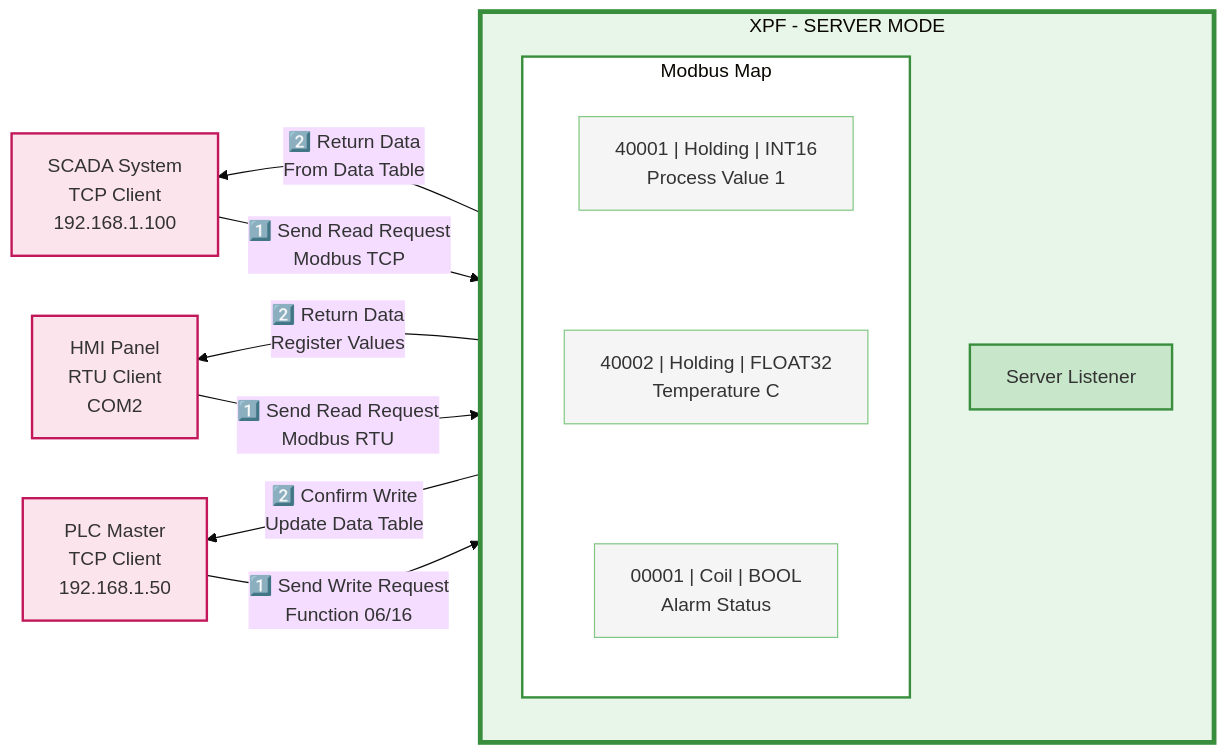
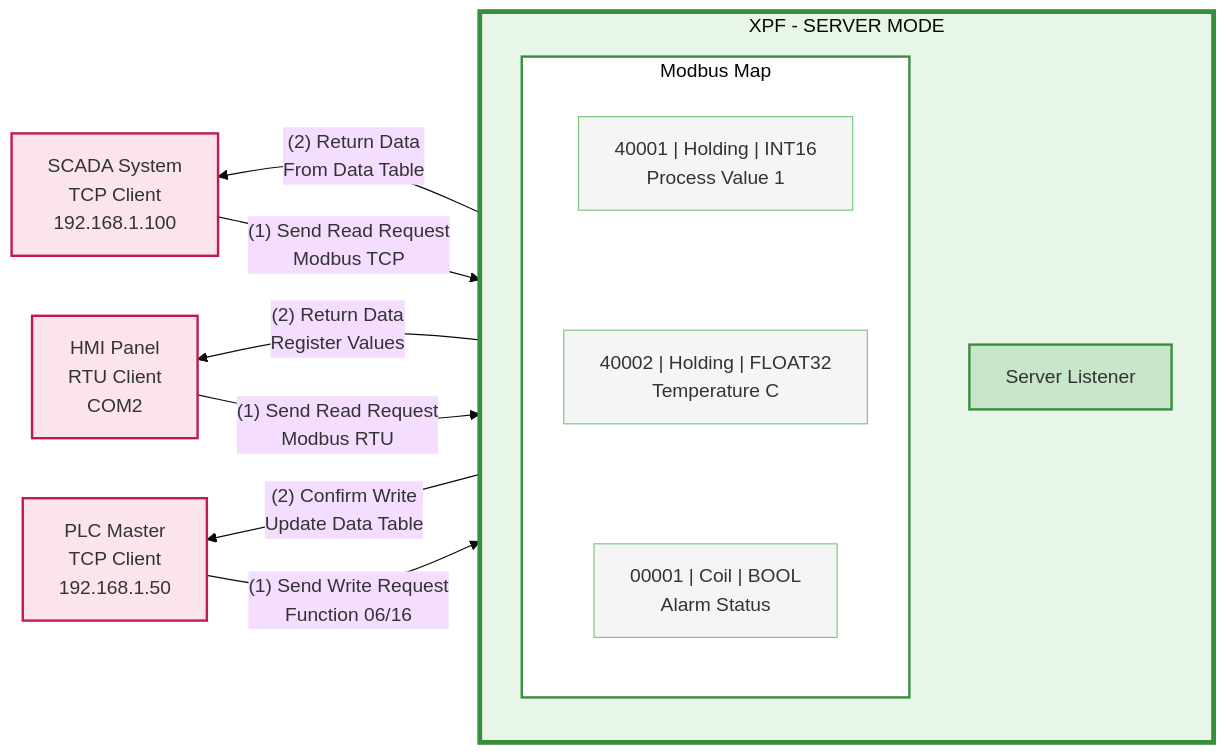
The fourth of 8 diagrams in docs/products/xpf/user-guide.md (Modbus-Monitor/docs), drawn with Mermaid (base theme) before and after one commit. The commit also changed other lines of this file and 2 other files, not shown here.

````diff
--- a/docs/products/xpf/user-guide.md
+++ b/docs/products/xpf/user-guide.md
@@ -785,40 +785,40 @@
     ```mermaid
     graph RL
         subgraph XPF["XPF - SERVER MODE"]
             direction TB
             LISTEN["Server Listener"]
             SVRDATA            
         end
         
         subgraph SVRDATA["Modbus Map"]
             direction TB
             REG1["40001 | Holding | INT16<br/>Process Value 1"]
             REG2["40002 | Holding | FLOAT32<br/>Temperature C"]
             REG3["00001 | Coil | BOOL<br/>Alarm Status"]
             
             REG1 ~~~ REG2 ~~~ REG3
         end
         
         SCADA["SCADA System<br/>TCP Client<br/>192.168.1.100"]
         HMI["HMI Panel<br/>RTU Client<br/>COM2"]
         PLCM["PLC Master<br/>TCP Client<br/>192.168.1.50"]
         
-        SCADA -->|"1️⃣ Send Read Request<br/>Modbus TCP"| XPF
-        XPF -->|"2️⃣ Return Data<br/>From Data Table"| SCADA
+        SCADA -->|"(1) Send Read Request<br/>Modbus TCP"| XPF
+        XPF -->|"(2) Return Data<br/>From Data Table"| SCADA
         
-        HMI -->|"1️⃣ Send Read Request<br/>Modbus RTU"| XPF
-        XPF -->|"2️⃣ Return Data<br/>Register Values"| HMI
+        HMI -->|"(1) Send Read Request<br/>Modbus RTU"| XPF
+        XPF -->|"(2) Return Data<br/>Register Values"| HMI
         
-        PLCM -->|"1️⃣ Send Write Request<br/>Function 06/16"| XPF
-        XPF -->|"2️⃣ Confirm Write<br/>Update Data Table"| PLCM
+        PLCM -->|"(1) Send Write Request<br/>Function 06/16"| XPF
+        XPF -->|"(2) Confirm Write<br/>Update Data Table"| PLCM
         
         style XPF fill:#e8f5e9,stroke:#388e3c,stroke-width:4px
         style SVRDATA fill:#fff,stroke:#388e3c,stroke-width:2px
         style REG1 fill:#f5f5f5,stroke:#81c784,stroke-width:1px
         style REG2 fill:#f5f5f5,stroke:#81c784,stroke-width:1px
         style REG3 fill:#f5f5f5,stroke:#81c784,stroke-width:1px
         style LISTEN fill:#c8e6c9,stroke:#388e3c,stroke-width:2px
         style SCADA fill:#fce4ec,stroke:#c2185b,stroke-width:2px
         style HMI fill:#fce4ec,stroke:#c2185b,stroke-width:2px
         style PLCM fill:#fce4ec,stroke:#c2185b,stroke-width:2px
     ```
````
